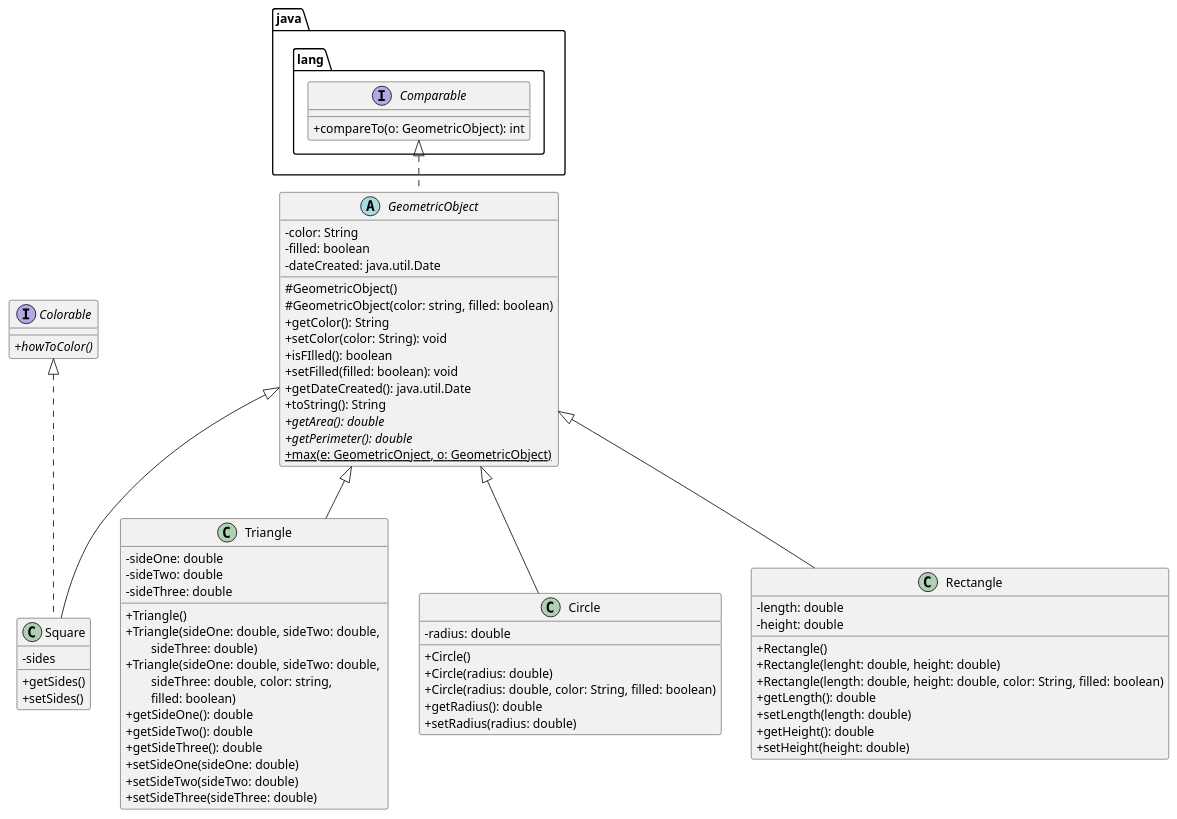
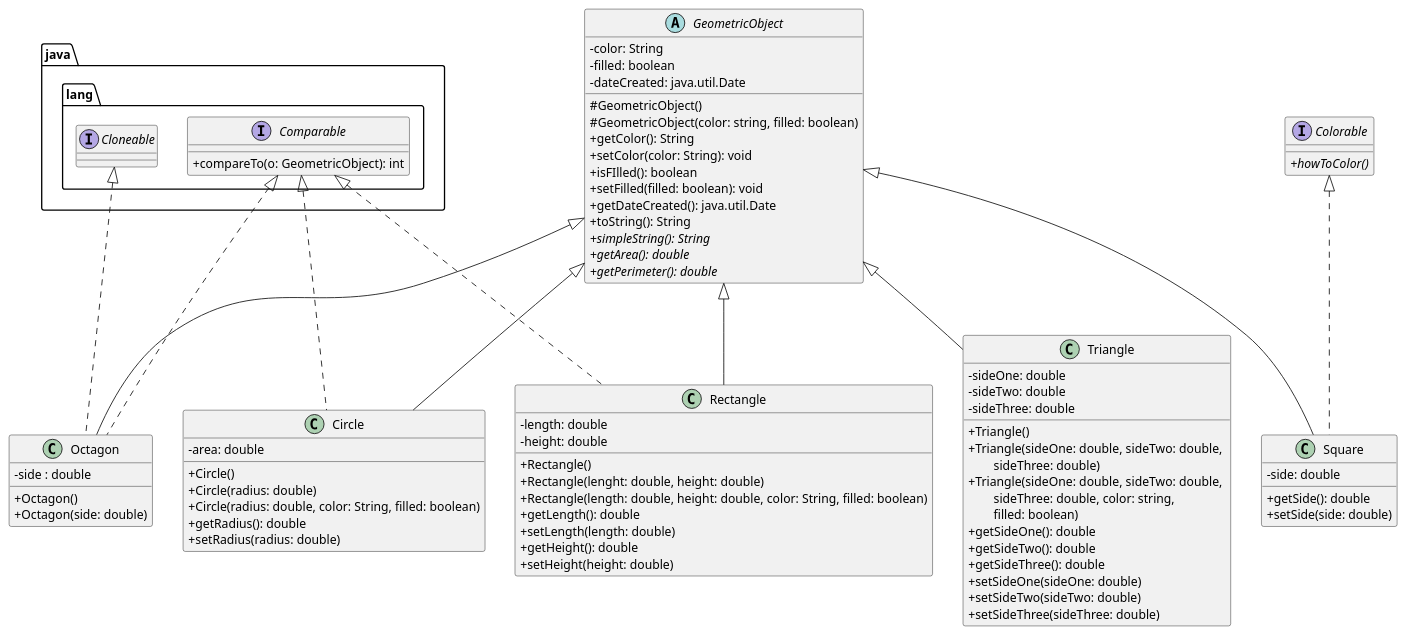
Before and after one commit to catRoman/java: the diagram in liang/chp13/GeometricObject.puml, drawn with PlantUML. The commit also changed 41 other files, not shown here.

```diff
--- a/liang/chp13/GeometricObject.puml
+++ b/liang/chp13/GeometricObject.puml
@@ -1,85 +1,95 @@
-@startuml Exercise13_1-Exercise13_7
+@startuml Exercise13_9 
 
 skinparam ClassAttributeIconSize 0
 
-abstract GeometricObject implements java.lang.Comparable {
+abstract GeometricObject {
     -color: String
     -filled: boolean
     -dateCreated: java.util.Date
 
     #GeometricObject()
     #GeometricObject(color: string, filled: boolean)
     +getColor(): String 
     +setColor(color: String): void
     +isFIlled(): boolean
     +setFilled(filled: boolean): void
     +getDateCreated(): java.util.Date
     +toString(): String 
+    {abstract} +simpleString(): String
     {abstract} +getArea(): double
     {abstract} +getPerimeter(): double
-    {static} +max(e: GeometricOnject, o: GeometricObject)
+    '{static} +max(e: GeometricOnject, o: GeometricObject)
 
 
 }
 
 class Triangle extends GeometricObject {
     -sideOne: double
     -sideTwo: double
     -sideThree: double
 
     +Triangle()
     +Triangle(sideOne: double, sideTwo: double,\n\tsideThree: double)
     +Triangle(sideOne: double, sideTwo: double, \n\tsideThree: double, color: string,\n\tfilled: boolean)
     +getSideOne(): double
     +getSideTwo(): double
     +getSideThree(): double
     +setSideOne(sideOne: double)
     +setSideTwo(sideTwo: double)
     +setSideThree(sideThree: double)
 }
 
-Class Circle extends GeometricObject {
-    - radius: double
+Class Circle extends GeometricObject implements java.lang.Comparable {
+    - area: double
 
     +Circle()
     +Circle(radius: double)
     +Circle(radius: double, color: String, filled: boolean)
     +getRadius(): double
     +setRadius(radius: double)
 
 }
- Class Rectangle extends GeometricObject {
+ Class Rectangle extends GeometricObject implements java.lang.Comparable {
      -length: double
      -height: double
 
      +Rectangle()
      +Rectangle(lenght: double, height: double)
      +Rectangle(length: double, height: double, color: String, filled: boolean)
      +getLength(): double
      +setLength(length: double)
      +getHeight(): double
      +setHeight(height: double)
 
  }
 
  class Square extends GeometricObject implements Colorable {
-     -sides 
+     -side: double 
 
-     +getSides()
-     +setSides()
+     +getSide(): double
+     +setSide(side: double)
 
+ }
+
+ class Octagon extends GeometricObject 
+ class Octagon implements java.lang.Comparable
+ class Octagon implements java.lang.Cloneable {
+     -side : double
+
+     +Octagon()
+     +Octagon(side: double)
  }
 
  interface Colorable {
      {abstract} +howToColor()
 
  }
 
 interface java.lang.Comparable {
    +compareTo(o: GeometricObject): int
 }
 
 
 
 
 @enduml 
```
